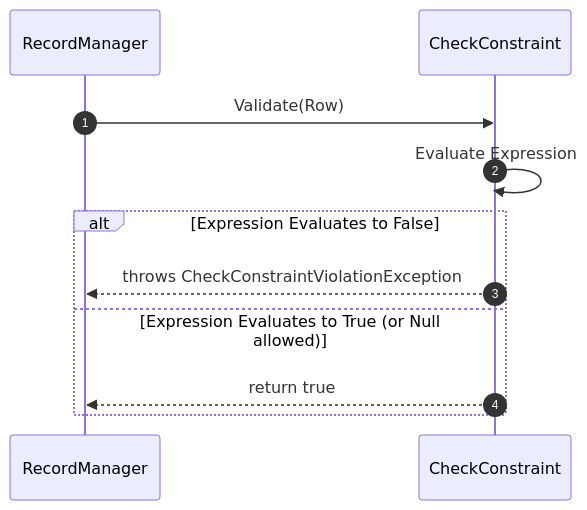
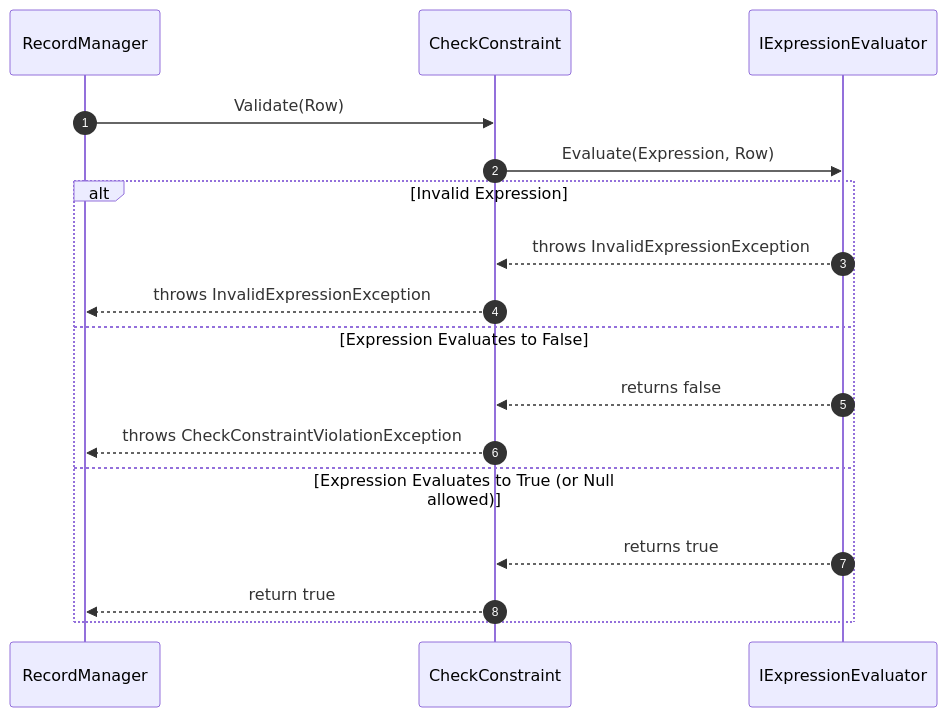
Diagram 18 of 53 in docs/sequence-diagrams/README.md (Hagiakhanh/bbv-dbms), drawn with Mermaid before and after one commit. The commit also changed other lines of this file and 4 other files, not shown here.

````diff
--- a/docs/sequence-diagrams/README.md
+++ b/docs/sequence-diagrams/README.md
@@ -673,14 +673,20 @@
 ```mermaid
 sequenceDiagram
     autonumber
     participant RecordMgr as RecordManager
     participant Constr as CheckConstraint
+    participant Eval as IExpressionEvaluator
     
     RecordMgr->>Constr: Validate(Row)
-    Constr->>Constr: Evaluate Expression
-    alt Expression Evaluates to False
+    Constr->>Eval: Evaluate(Expression, Row)
+    alt Invalid Expression
+        Eval-->>Constr: throws InvalidExpressionException
+        Constr-->>RecordMgr: throws InvalidExpressionException
+    else Expression Evaluates to False
+        Eval-->>Constr: returns false
         Constr-->>RecordMgr: throws CheckConstraintViolationException
     else Expression Evaluates to True (or Null allowed)
+        Eval-->>Constr: returns true
         Constr-->>RecordMgr: return true
     end
 ```
````
